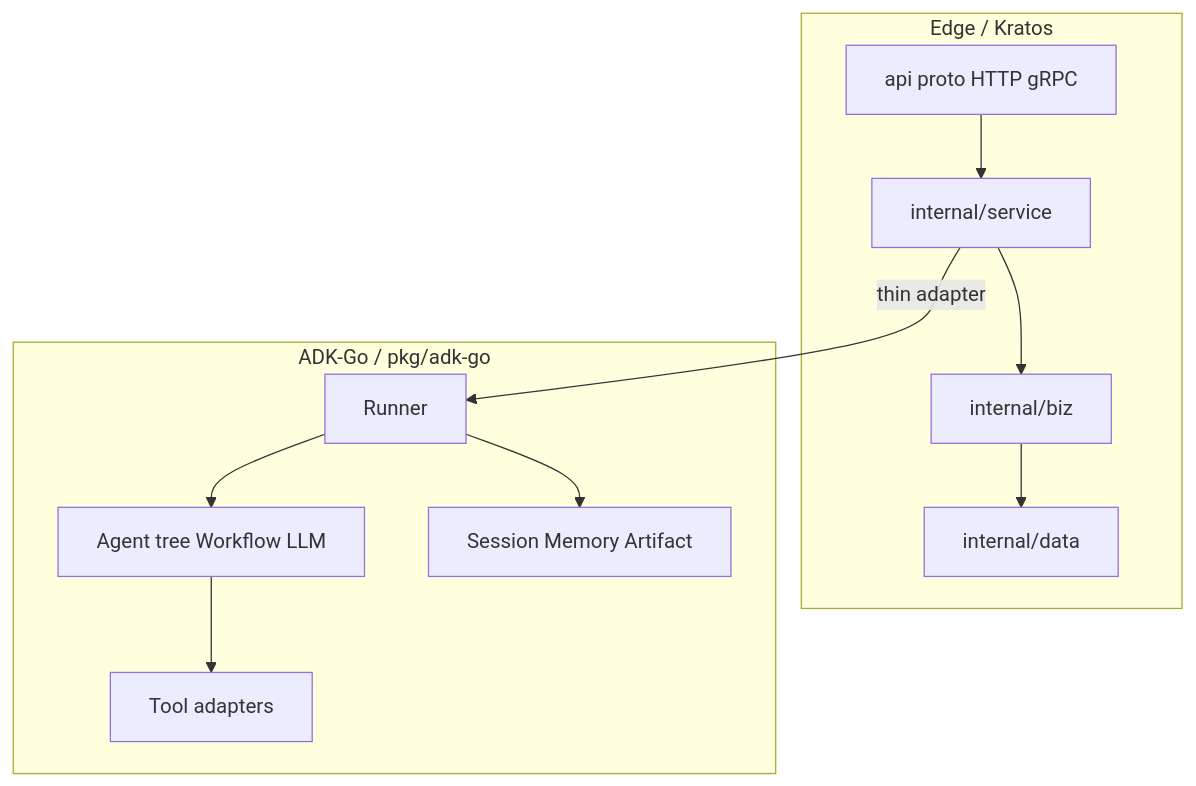
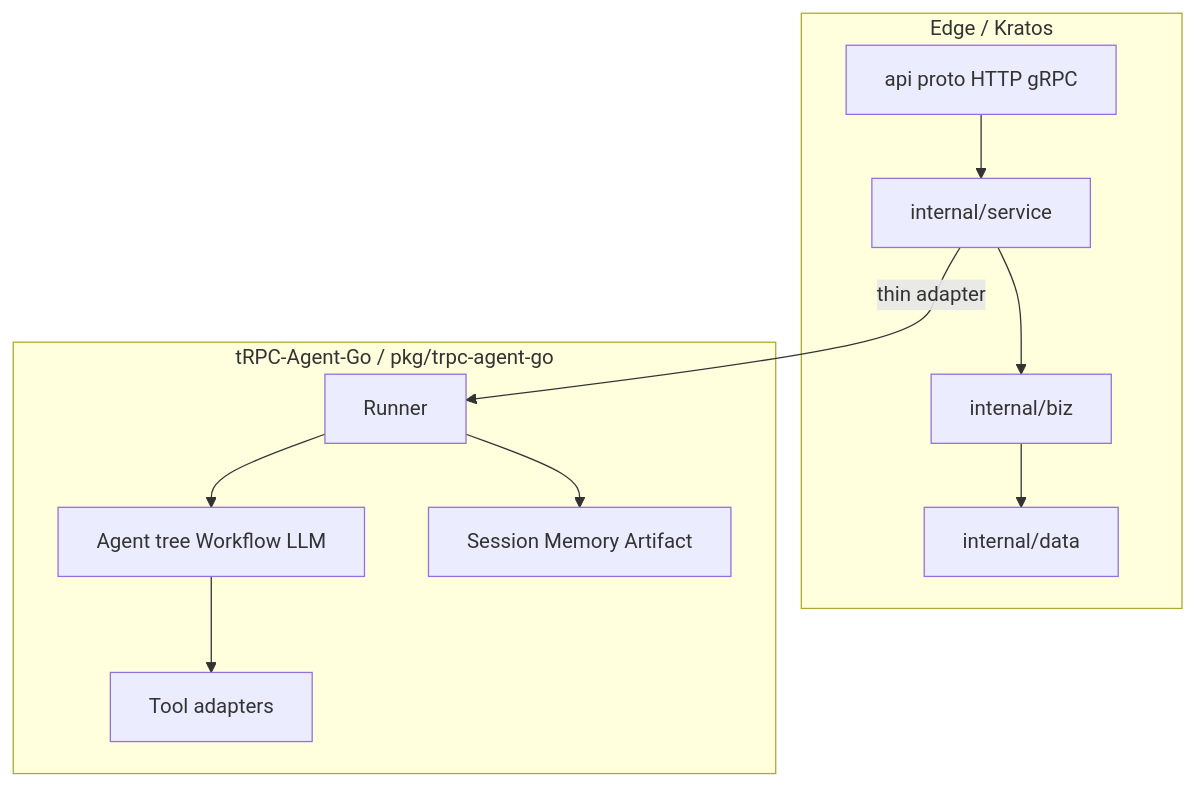
Before and after one commit to AmarsDing/aranea-agents: the diagram in docs/design/platform-architecture.md, drawn with Mermaid. The commit also changed other lines of this file and 3291 other files, not shown here.

````diff
--- a/docs/design/platform-architecture.md
+++ b/docs/design/platform-architecture.md
@@ -57,21 +57,21 @@
 ```mermaid
 flowchart TB
   subgraph edge [Edge / Kratos]
     proto[api proto HTTP gRPC]
     svc[internal/service]
     biz[internal/biz]
     data[internal/data]
   end
-  subgraph adkframe [ADK-Go / pkg/adk-go]
+  subgraph trpcframe [tRPC-Agent-Go / pkg/trpc-agent-go]
     runner[Runner]
     agents[Agent tree Workflow LLM]
     tools[Tool adapters]
     sess[Session Memory Artifact]
   end
   proto --> svc --> biz
   biz --> data
   svc -->|thin adapter| runner
   runner --> agents
   agents --> tools
   runner --> sess
 ```
````
